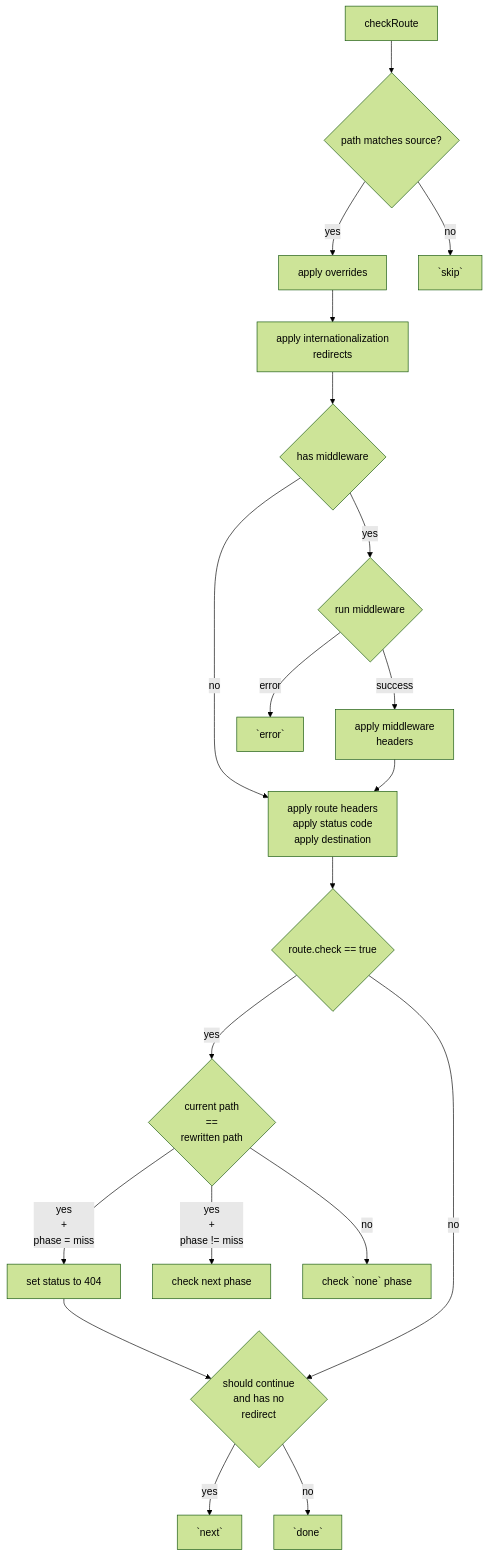
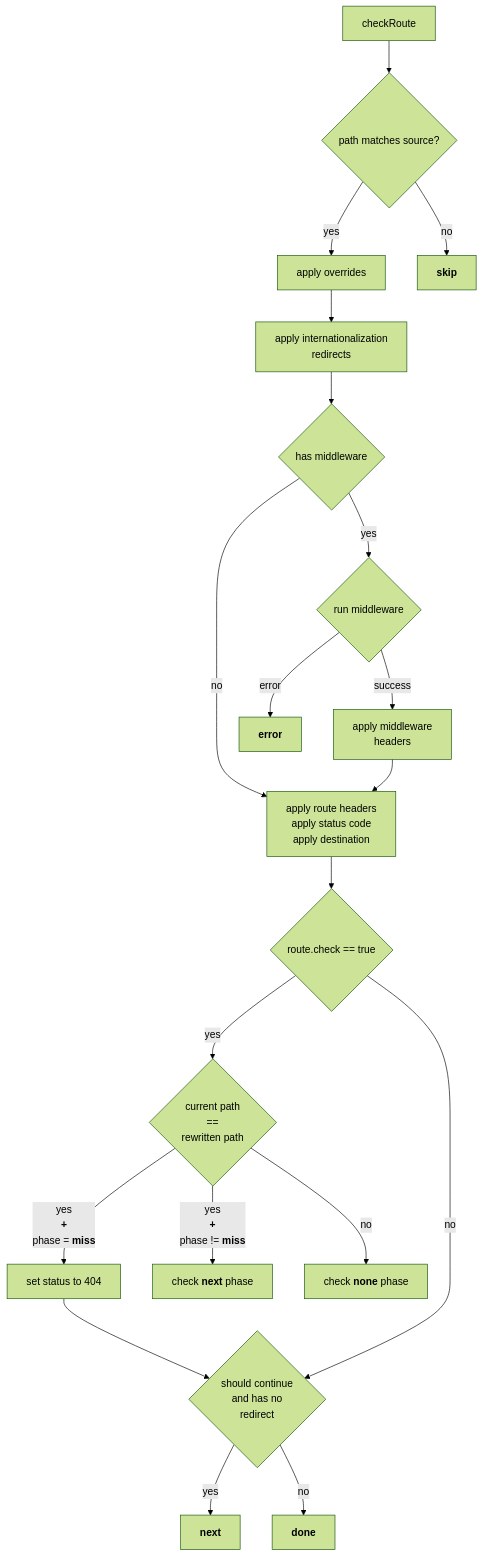
One commit to cloudflare/next-on-pages changed the second of 3 diagrams in docs/technical/routing.md. Above: the diagram before and after it, drawn with Mermaid (forest theme). The commit also changed other lines of this file, not shown here.

Commit message:
Update flowchart routing.md (#906)

````diff
--- a/docs/technical/routing.md
+++ b/docs/technical/routing.md
@@ -208,21 +208,21 @@
 ```mermaid
 flowchart TD
     checkRoute --> CheckSourceMatch{path matches source?}
     CheckSourceMatch -->|yes| ApplyOverrides[apply overrides]
-    CheckSourceMatch -->|no| EndRoutingSkip[`skip`]
-    ApplyOverrides --> ApplyInternationalization[apply internationalization\nredirects]
+    CheckSourceMatch -->|no| EndRoutingSkip[<b>skip</b>]
+    ApplyOverrides --> ApplyInternationalization[apply internationalization<br>redirects]
     ApplyInternationalization --> HasMiddleware{has middleware}
     HasMiddleware --> |yes| RunMiddlewareResult{run middleware}
-    HasMiddleware --> |no| ApplyHeadersStatusAndDestination[apply route headers\napply status code\napply destination]
-    RunMiddlewareResult --> |success| ApplyMiddlewareHeaders[apply middleware\nheaders]
-    RunMiddlewareResult --> |error| EndRoutingError[`error`]
+    HasMiddleware --> |no| ApplyHeadersStatusAndDestination[apply route headers<br>apply status code<br>apply destination]
+    RunMiddlewareResult --> |success| ApplyMiddlewareHeaders[apply middleware<br>headers]
+    RunMiddlewareResult --> |error| EndRoutingError[<b>error</b>]
     ApplyMiddlewareHeaders --> ApplyHeadersStatusAndDestination
     ApplyHeadersStatusAndDestination --> ShouldCheck{route.check == true}
-    ShouldCheck --> |yes| PathsEqual{current path\n==\nrewritten path}
-    PathsEqual --> |yes\n+\nphase = miss| Return404[set status to 404] --> ShouldContinue
-    PathsEqual --> |yes\n+\nphase != miss| checkNextPhase[check next phase]
-    PathsEqual --> |no| checkNonePhase[check `none` phase]
-    ShouldCheck --> |no| ShouldContinue{should continue\n and has no\nredirect}
-    ShouldContinue --> |yes| ReturnNext[`next`]
-    ShouldContinue --> |no| ReturnDone[`done`]
+    ShouldCheck --> |yes| PathsEqual{current path<br>==<br>rewritten path}
+    PathsEqual --> |yes<br><b>+</b><br>phase = <b>miss<b>| Return404[set status to 404] --> ShouldContinue
+    PathsEqual --> |yes<br><b>+</b><br>phase != <b>miss</b>| checkNextPhase[check <b>next</b> phase]
+    PathsEqual --> |no| checkNonePhase[check <b>none</b> phase]
+    ShouldCheck --> |no| ShouldContinue{should continue<br> and has no<br>redirect}
+    ShouldContinue --> |yes| ReturnNext[<b>next</b>]
+    ShouldContinue --> |no| ReturnDone[<b>done</b>]
 ```
````
